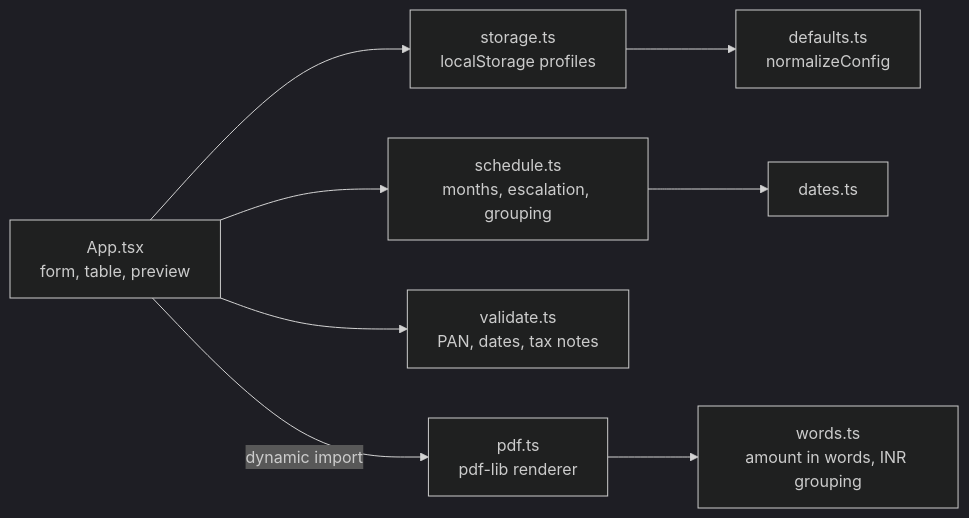
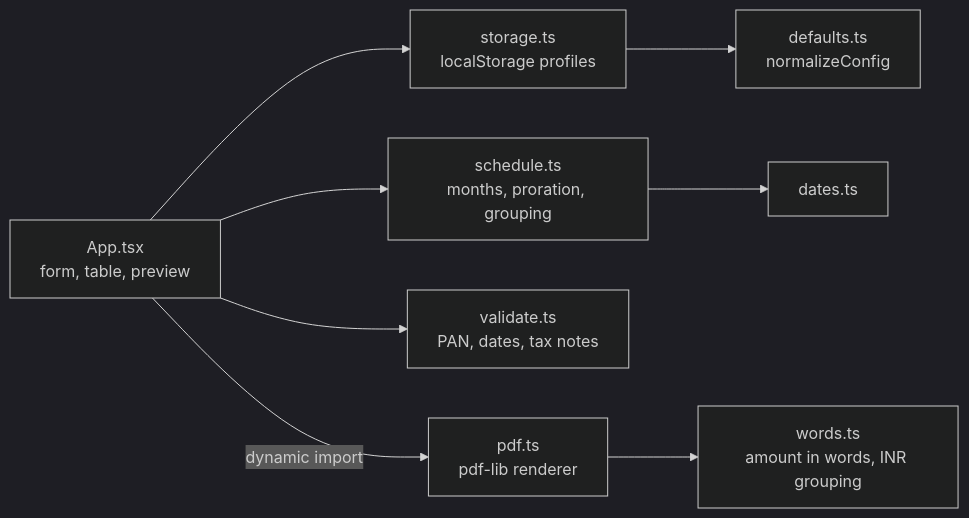
One commit to nmtjn1997/rent-receipt-studio changed the first of 4 diagrams in docs/ARCHITECTURE.md. Above: the diagram before and after it, drawn with Mermaid (dark theme). The commit also changed other lines of this file and 15 other files, not shown here.

````diff
--- a/docs/ARCHITECTURE.md
+++ b/docs/ARCHITECTURE.md
@@ -7,10 +7,10 @@
 ```mermaid
 flowchart LR
   UI["App.tsx<br/>form, table, preview"] --> Store["storage.ts<br/>localStorage profiles"]
-  UI --> Sched["schedule.ts<br/>months, escalation, grouping"]
+  UI --> Sched["schedule.ts<br/>months, proration, grouping"]
   UI --> Val["validate.ts<br/>PAN, dates, tax notes"]
   UI -->|"dynamic import"| Pdf["pdf.ts<br/>pdf-lib renderer"]
   Sched --> Dates["dates.ts"]
   Pdf --> Words["words.ts<br/>amount in words, INR grouping"]
   Store --> Norm["defaults.ts<br/>normalizeConfig"]
 ```
````
